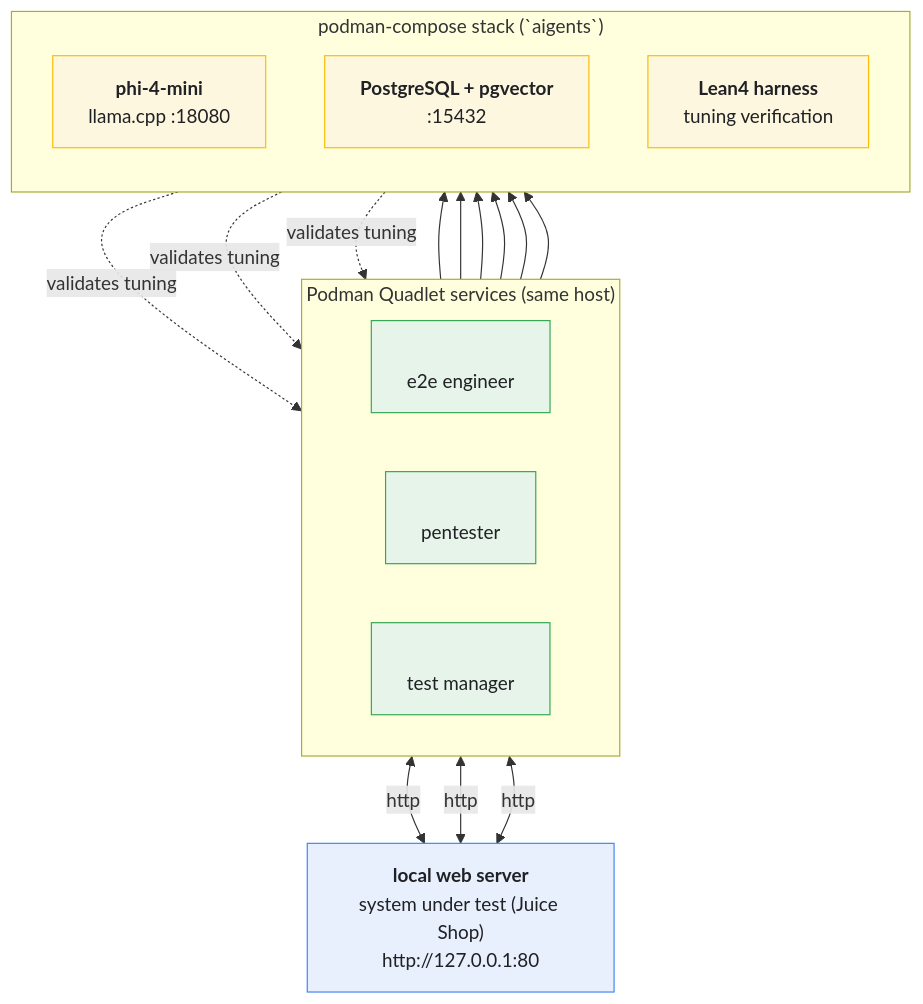
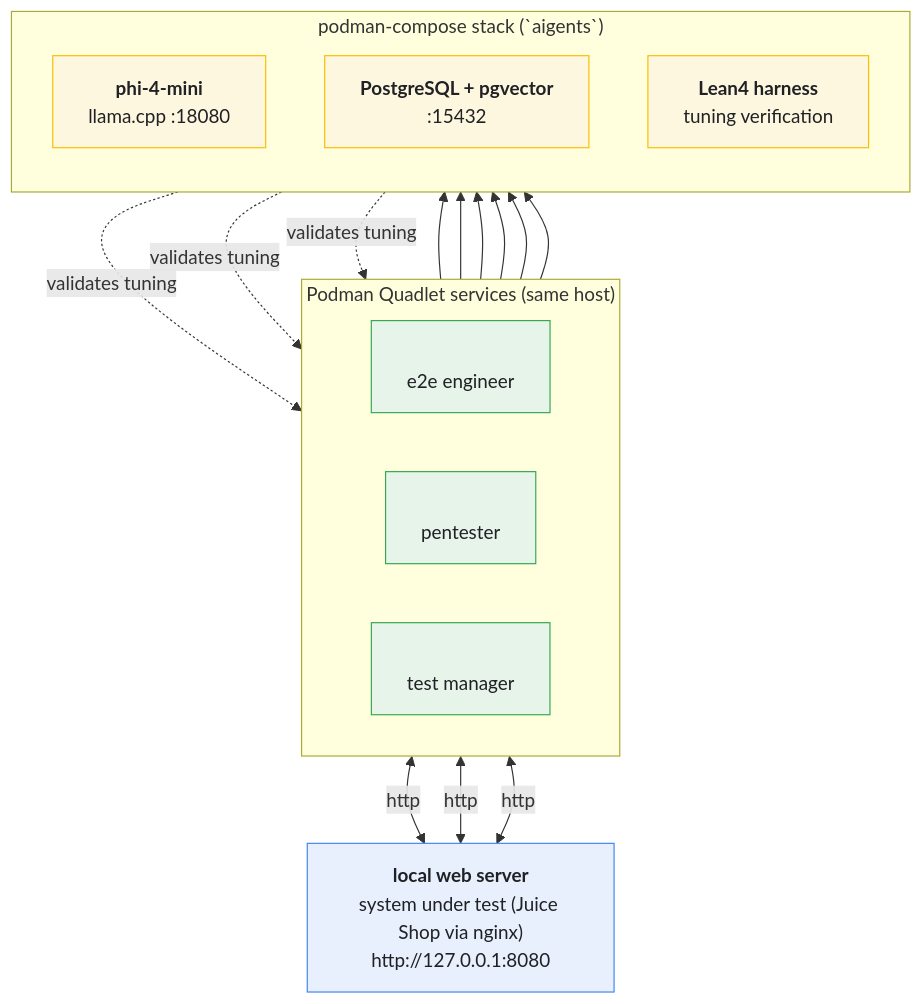
One commit to yVieta/testing-the-agentic-stack_open-testing-agents changed the diagram in README.md. Above: the diagram before and after it, drawn with Mermaid. The commit also changed 10 other files, not shown here.

````diff
--- a/README.md
+++ b/README.md
@@ -14,38 +14,38 @@
 ```mermaid
 graph TD
-    SUT["<b>local web server</b><br/>system under test (Juice Shop)<br/>http://127.0.0.1:80"]
+    SUT["<b>local web server</b><br/>system under test (Juice Shop via nginx)<br/>http://127.0.0.1:8080"]
 
     subgraph AGENTS["Podman Quadlet services (same host)"]
         direction LR
         A1["<b> </b><br/>e2e engineer"]
         A2["<b> </b><br/>pentester"]
         A3["<b> </b><br/>test manager"]
     end
 
     subgraph STACK["podman-compose stack (`aigents`)"]
         direction TB
         MODEL["<b>phi-4-mini</b><br/>llama.cpp :18080"]
         DB["<b>PostgreSQL + pgvector</b><br/>:15432"]
         LEAN["<b>Lean4 harness</b><br/>tuning verification"]
     end
 
     A1 <-->|"http"| SUT
     A2 <-->|"http"| SUT
     A3 <-->|"http"| SUT
     A1 --> MODEL
     A2 --> MODEL
     A3 --> MODEL
     LEAN -. validates tuning .-> A1
     LEAN -. validates tuning .-> A2
     LEAN -. validates tuning .-> A3
     A1 --> DB
     A2 --> DB
     A3 --> DB
 
     classDef sut fill:#e8f0fe,stroke:#4285f4,color:#202124;
     classDef agent fill:#e6f4ea,stroke:#34a853,color:#202124;
     classDef comp fill:#fef7e0,stroke:#fbbc04,color:#202124;
     class SUT sut;
     class A1,A2,A3 agent;
     class MODEL,DB,LEAN comp;
 ```
````
